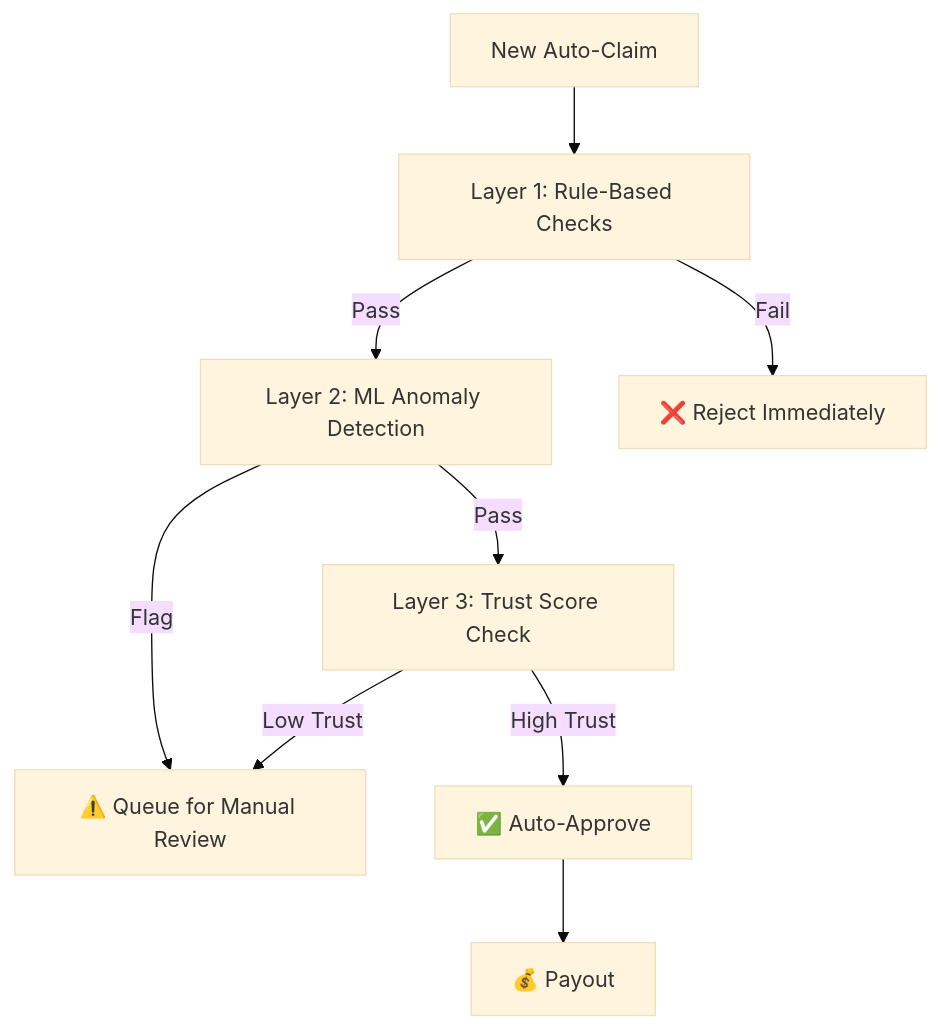
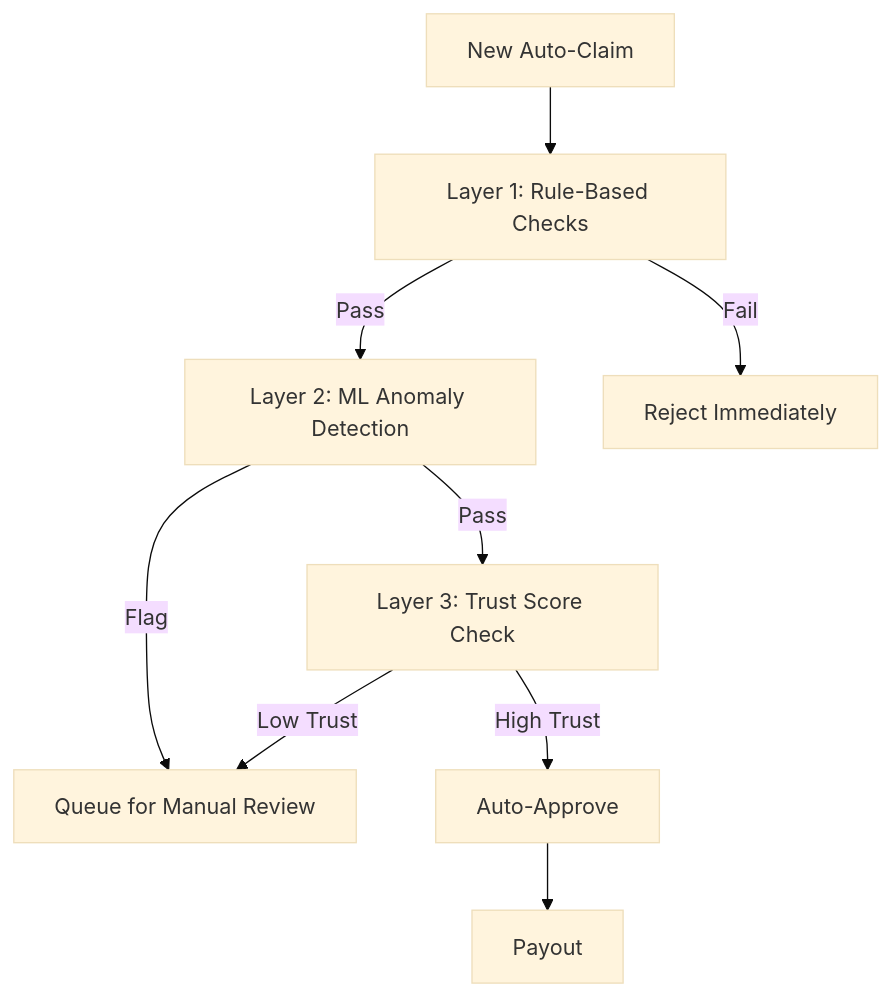
Before and after one commit to PraneeshRV/Zoink-4-u: the second of 2 diagrams in docs/AI_ML_PLAN.md, drawn with Mermaid (base theme). The commit also changed other lines of this file, not shown here.

````diff
--- a/docs/AI_ML_PLAN.md
+++ b/docs/AI_ML_PLAN.md
@@ -102,11 +102,11 @@
 ```mermaid
 flowchart TD
     A[New Auto-Claim] --> B[Layer 1: Rule-Based Checks]
     B -->|Pass| C[Layer 2: ML Anomaly Detection]
-    B -->|Fail| G[❌ Reject Immediately]
+    B -->|Fail| G[Reject Immediately]
     C -->|Pass| D[Layer 3: Trust Score Check]
-    C -->|Flag| H[⚠️ Queue for Manual Review]
-    D -->|High Trust| E[✅ Auto-Approve]
+    C -->|Flag| H[Queue for Manual Review]
+    D -->|High Trust| E[Auto-Approve]
     D -->|Low Trust| H
-    E --> F[💰 Payout]
+    E --> F[Payout]
 ```
````
